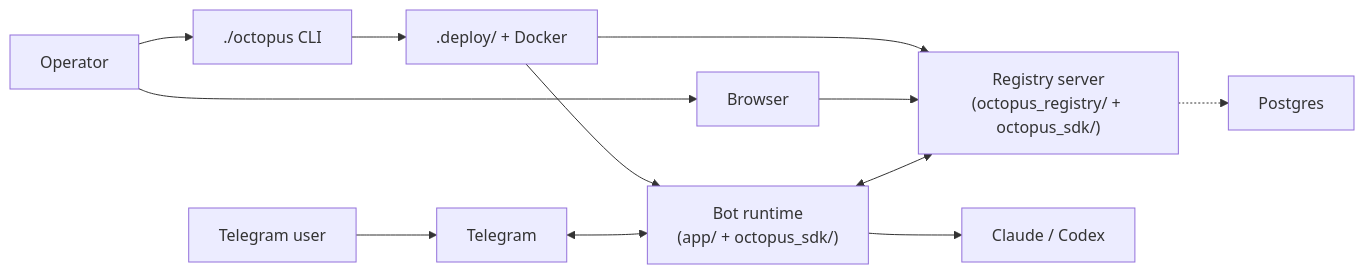
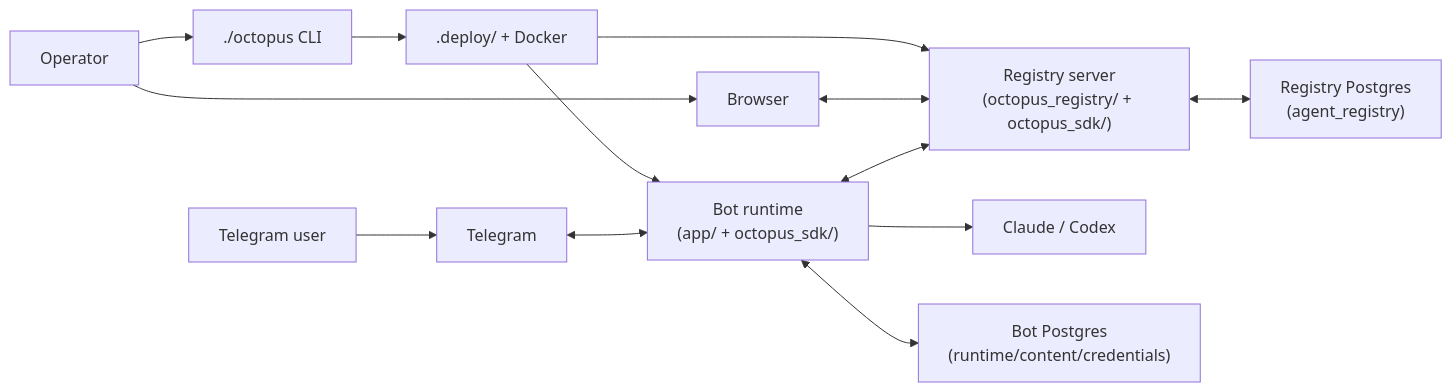
One commit to privacynow/octopus changed the first of 12 diagrams in docs/ARCHITECTURE.md. Above: the diagram before and after it, drawn with Mermaid. The commit also changed other lines of this file and 1 other file, not shown here.

Commit message:
Update README and architecture docs for current runtime

````diff
--- a/docs/ARCHITECTURE.md
+++ b/docs/ARCHITECTURE.md
@@ -20,16 +21,17 @@
 ```mermaid
 flowchart LR
     Operator["Operator"] --> CLI["./octopus CLI"]
     Operator --> Browser["Browser"]
     User["Telegram user"] --> TG["Telegram"]
 
     CLI --> Deploy[".deploy/ + Docker"]
     Deploy --> Bot["Bot runtime<br/>(app/ + octopus_sdk/)"]
     Deploy --> Registry["Registry server<br/>(octopus_registry/ + octopus_sdk/)"]
 
     TG <--> Bot
-    Browser --> Registry
+    Browser <--> Registry
     Bot <--> Registry
     Bot --> Provider["Claude / Codex"]
-    Registry -.-> Postgres["Postgres"]
+    Bot <--> BotDb["Bot Postgres<br/>(runtime/content/credentials)"]
+    Registry <--> RegistryDb["Registry Postgres<br/>(agent_registry)"]
 ```
````
